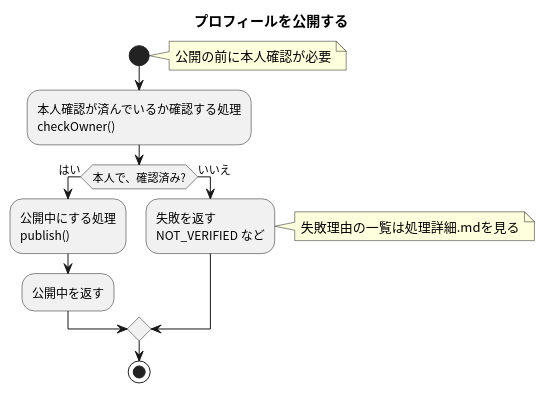
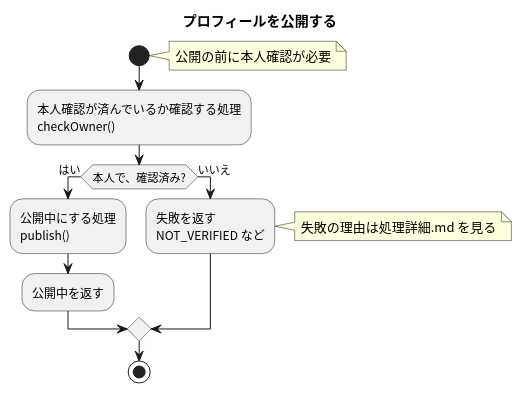
One commit to masamasamasato/design-doc-template changed the diagram in apis/publish-profile/flow.puml. Above: the diagram before and after it, drawn with PlantUML. The commit also changed 67 other files, not shown here.

First line of the commit message:
日本語の言い回しを直し、図の例をナビに載せる (#13)

```diff
--- a/apis/publish-profile/flow.puml
+++ b/apis/publish-profile/flow.puml
@@ -3,19 +3,19 @@
 @startuml
 skinparam shadowing false
 skinparam defaultFontName "Noto Sans CJK JP"
 skinparam ActivityFontName "Noto Sans CJK JP"
 
 title プロフィールを公開する
 
 start
 note right: 公開の前に本人確認が必要
 :本人確認が済んでいるか確認する処理\ncheckOwner();
 if (本人で、確認済み?) then (はい)
   :公開中にする処理\npublish();
   :公開中を返す;
 else (いいえ)
   :失敗を返す\nNOT_VERIFIED など;
-  note right: 失敗理由の一覧は処理詳細.mdを見る
+  note right: 失敗の理由は処理詳細.md を見る
 endif
 stop
 @enduml
```
